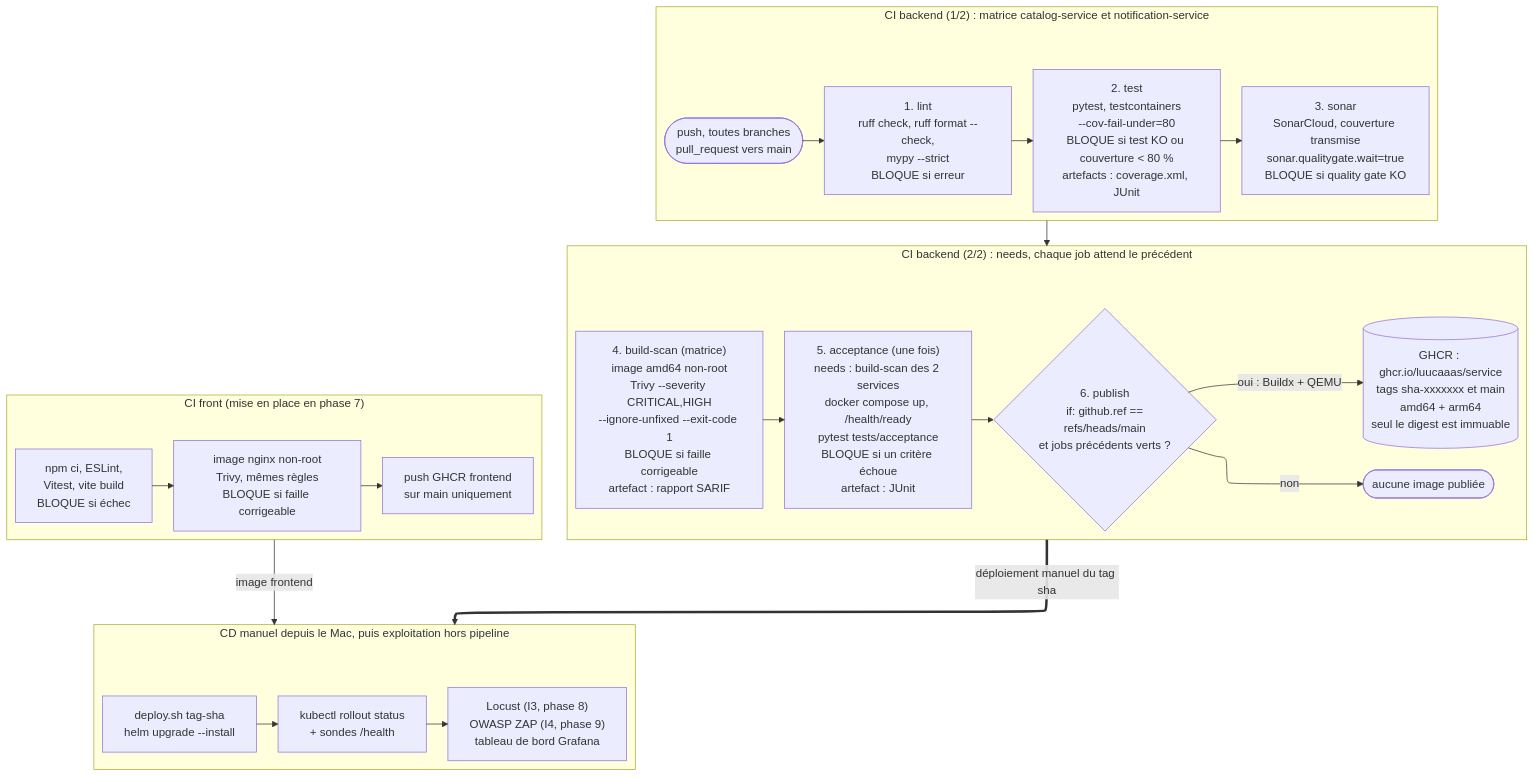
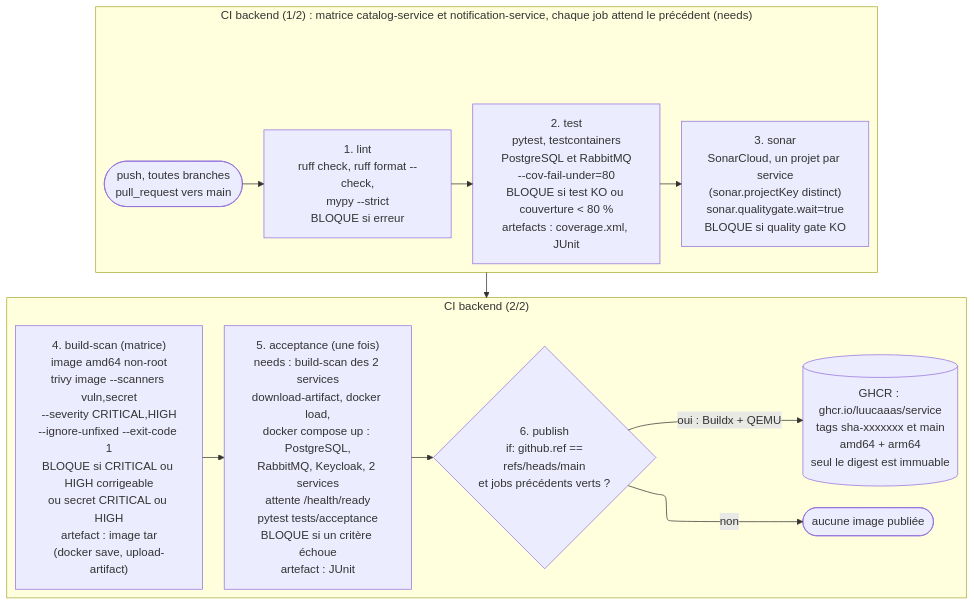
One commit to Luucaaas/collector-poc changed the second of 2 diagrams in docs/01-qualite/cicd.md. Above: the diagram before and after it, drawn with Mermaid. The commit also changed other lines of this file and 3 other files, not shown here.

````diff
--- a/docs/01-qualite/cicd.md
+++ b/docs/01-qualite/cicd.md
@@ -36,26 +60,16 @@
 ```mermaid
 %%{init: {"flowchart": {"defaultRenderer": "elk"}}}%%
 flowchart TB
-    %% id: pipeline-cicd
-    subgraph R1["CI backend (1/2) : matrice catalog-service et notification-service"]
+    %% id: pipeline-backend
+    subgraph R1["CI backend (1/2) : matrice catalog-service et notification-service, chaque job attend le précédent (needs)"]
         direction LR
-        TRIG(["push, toutes branches<br/>pull_request vers main"]) --> LINT["1. lint<br/>ruff check, ruff format --check,<br/>mypy --strict<br/>BLOQUE si erreur"] --> TEST["2. test<br/>pytest, testcontainers<br/>--cov-fail-under=80<br/>BLOQUE si test KO ou couverture &lt; 80 %<br/>artefacts : coverage.xml, JUnit"] --> SONAR["3. sonar<br/>SonarCloud, couverture transmise<br/>sonar.qualitygate.wait=true<br/>BLOQUE si quality gate KO"]
+        TRIG(["push, toutes branches<br/>pull_request vers main"]) --> LINT["1. lint<br/>ruff check, ruff format --check,<br/>mypy --strict<br/>BLOQUE si erreur"] --> TEST["2. test<br/>pytest, testcontainers<br/>PostgreSQL et RabbitMQ<br/>--cov-fail-under=80<br/>BLOQUE si test KO ou couverture &lt; 80 %<br/>artefacts : coverage.xml, JUnit"] --> SONAR["3. sonar<br/>SonarCloud, un projet par service<br/>(sonar.projectKey distinct)<br/>sonar.qualitygate.wait=true<br/>BLOQUE si quality gate KO"]
     end
-    subgraph R2["CI backend (2/2) : needs, chaque job attend le précédent"]
+    subgraph R2["CI backend (2/2)"]
         direction LR
-        BS["4. build-scan (matrice)<br/>image amd64 non-root<br/>Trivy --severity CRITICAL,HIGH<br/>--ignore-unfixed --exit-code 1<br/>BLOQUE si faille corrigeable<br/>artefact : rapport SARIF"] --> ACC["5. acceptance (une fois)<br/>needs : build-scan des 2 services<br/>docker compose up, /health/ready<br/>pytest tests/acceptance<br/>BLOQUE si un critère échoue<br/>artefact : JUnit"] --> PUB{"6. publish<br/>if: github.ref ==<br/>refs/heads/main<br/>et jobs précédents verts ?"}
+        BS["4. build-scan (matrice)<br/>image amd64 non-root<br/>trivy image --scanners vuln,secret<br/>--severity CRITICAL,HIGH<br/>--ignore-unfixed --exit-code 1<br/>BLOQUE si CRITICAL ou HIGH corrigeable<br/>ou secret CRITICAL ou HIGH<br/>artefact : image tar<br/>(docker save, upload-artifact)"] --> ACC["5. acceptance (une fois)<br/>needs : build-scan des 2 services<br/>download-artifact, docker load,<br/>docker compose up : PostgreSQL,<br/>RabbitMQ, Keycloak, 2 services<br/>attente /health/ready<br/>pytest tests/acceptance<br/>BLOQUE si un critère échoue<br/>artefact : JUnit"] --> PUB{"6. publish<br/>if: github.ref ==<br/>refs/heads/main<br/>et jobs précédents verts ?"}
         PUB -->|"oui : Buildx + QEMU"| GHCR[("GHCR : ghcr.io/luucaaas/service<br/>tags sha-xxxxxxx et main<br/>amd64 + arm64<br/>seul le digest est immuable")]
         PUB -->|"non"| FIN(["aucune image publiée"])
     end
-    subgraph R3["CI front (mise en place en phase 7)"]
-        direction LR
-        F1["npm ci, ESLint,<br/>Vitest, vite build<br/>BLOQUE si échec"] --> F2["image nginx non-root<br/>Trivy, mêmes règles<br/>BLOQUE si faille corrigeable"] --> F3["push GHCR frontend<br/>sur main uniquement"]
-    end
-    subgraph R4["CD manuel depuis le Mac, puis exploitation hors pipeline"]
-        direction LR
-        DEP["deploy.sh tag-sha<br/>helm upgrade --install"] --> RO["kubectl rollout status<br/>+ sondes /health"] --> OPS["Locust (I3, phase 8)<br/>OWASP ZAP (I4, phase 9)<br/>tableau de bord Grafana"]
-    end
     R1 --> R2
-    R3 -->|"image frontend"| R4
-    R2 ==>|"déploiement manuel du tag sha"| R4
 ```
````
